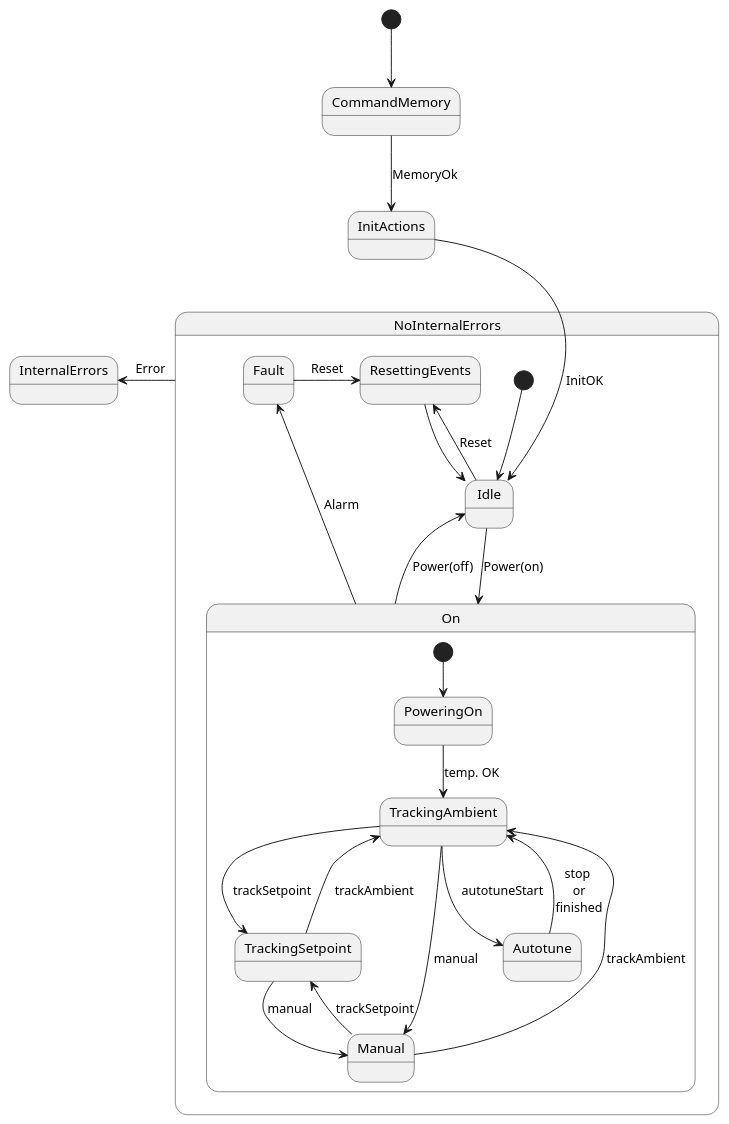
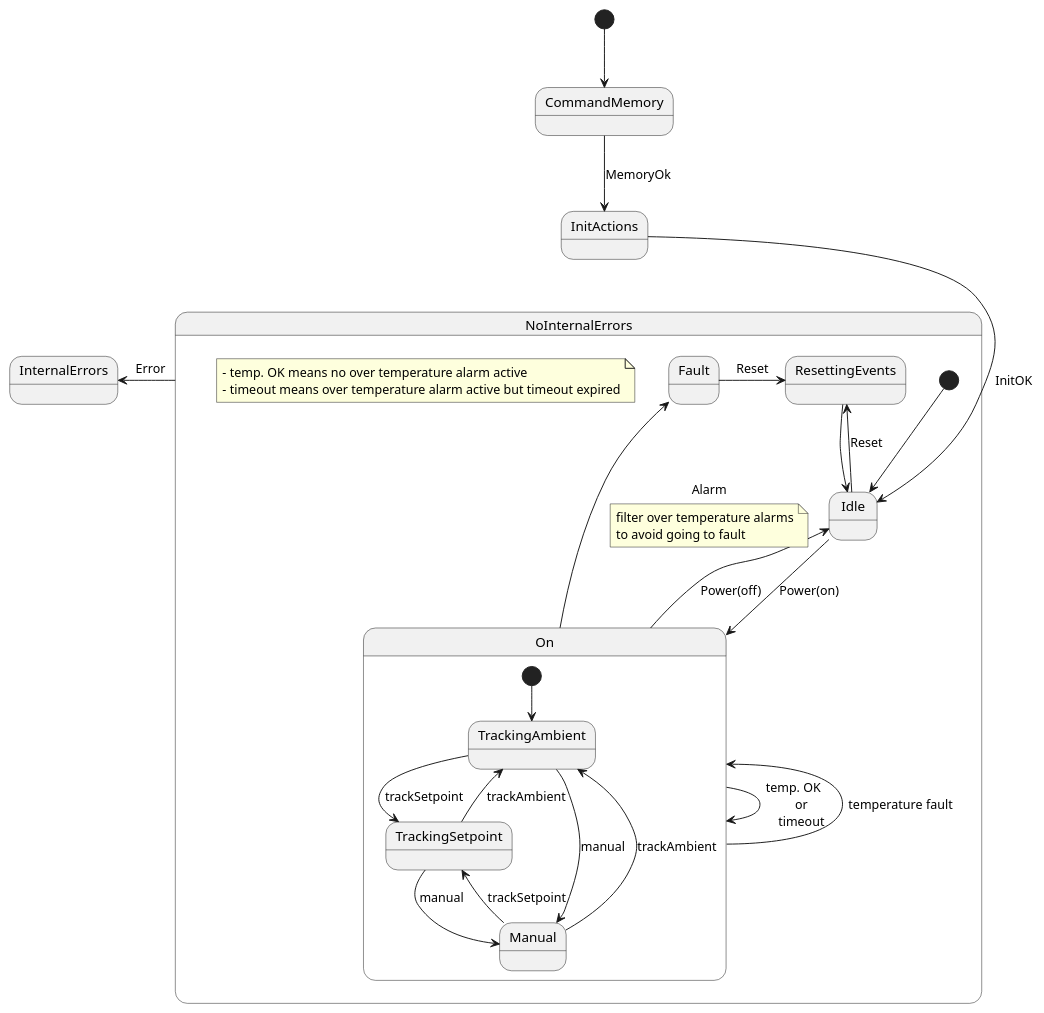
The diagram in 11 Drive temperature controller (AZ and EL)/04 State Machine.md (lsst-ts/ts_tma_tma-documentation_pxi-controller_documentation), drawn with PlantUML before and after one commit. The commit also changed other lines of this file and 1 other file, not shown here.

Commit message:
feat: update documentation to accommodate the changes from CR changes for thermal controllers
linked issue: publico/3151-lsst/tma-issue-tracking#82

````diff
--- a/11 Drive temperature controller (AZ and EL)/04 State Machine.md
+++ b/11 Drive temperature controller (AZ and EL)/04 State Machine.md
@@ -5,45 +5,50 @@
 ```plantuml
 @startuml
 state NoInternalErrors {
   state Idle
   state On {
-    state PoweringOn
     state TrackingAmbient
     state TrackingSetpoint
     state Manual
-    state Autotune
 
-    [*] --> PoweringOn
-    PoweringOn --> TrackingAmbient : temp. OK
+    [*] --> TrackingAmbient
+    TrackingAmbient --> Manual : manual
     TrackingAmbient --> TrackingSetpoint : trackSetpoint
-    TrackingAmbient --> Manual : manual
-    TrackingAmbient --> Autotune : autotuneStart
     TrackingSetpoint --> TrackingAmbient : trackAmbient
     TrackingSetpoint --> Manual : manual
     Manual --> TrackingAmbient : trackAmbient
     Manual --> TrackingSetpoint : trackSetpoint
-    Autotune --> TrackingAmbient : stop \nor\nfinished
   }
   state Fault
   state ResettingEvents
   
   [*] --> Idle
   Idle --> On : Power(on)
   On --> Fault : Alarm
+  note on link
+  filter over temperature alarms
+  to avoid going to fault
+  end note
   On --> Idle : Power(off)
   Fault --r> ResettingEvents : Reset
   Idle --> ResettingEvents : Reset
   ResettingEvents --> Idle
+  On --> On : temp. OK     \nor\ntimeout
+  note as n
+  - temp. OK means no over temperature alarm active
+  - timeout means over temperature alarm active but timeout expired
+  end note
+  On -up-> On : temperature fault
 }
 
 state InternalErrors {
 }
 
 [*] --> CommandMemory
 CommandMemory --> InitActions : MemoryOk
 InitActions --> Idle : InitOK
 InitActions -[hidden]-> NoInternalErrors
 NoInternalErrors -l-> InternalErrors : Error
 
 @enduml
 ```
````
